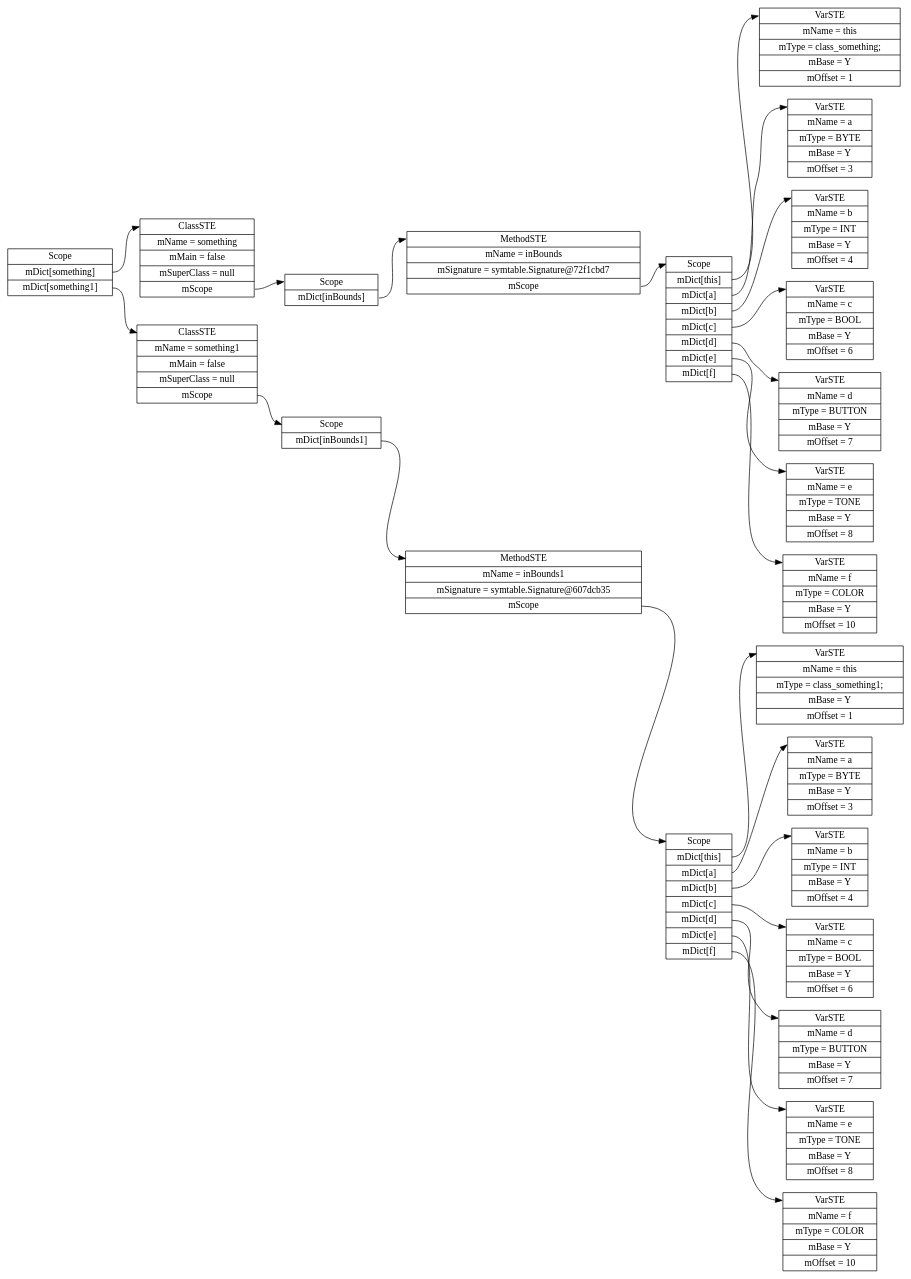
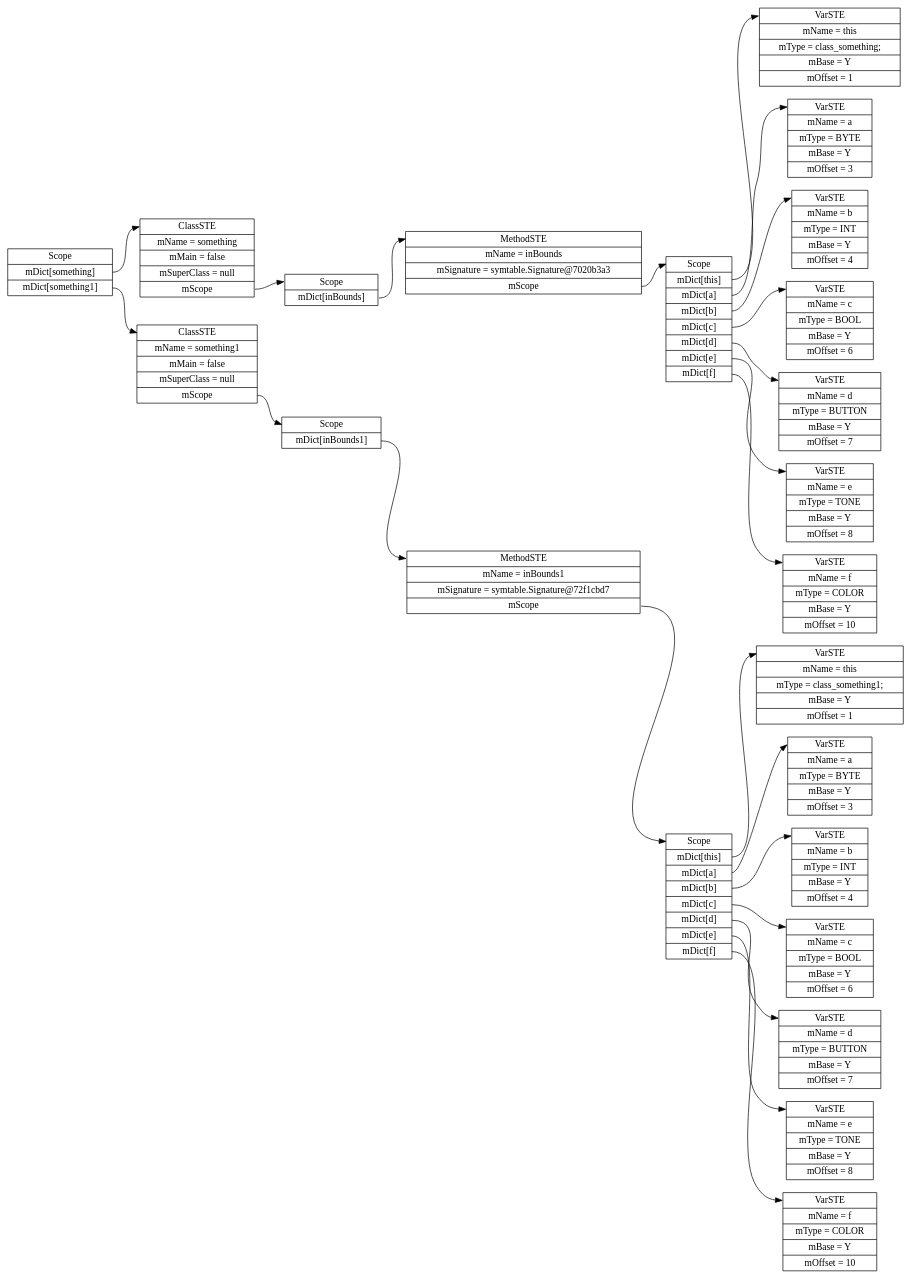
Before and after one commit to Ajith20/MeggyJava-compiler: the diagram in PA4/PA4Example1.java.ST.dot, drawn with Graphviz. The commit also changed 13 other files, not shown here.

```diff
--- a/PA4/PA4Example1.java.ST.dot
+++ b/PA4/PA4Example1.java.ST.dot
@@ -1,49 +1,49 @@
 digraph SymTable {
 	graph [rankdir="LR"];
 	node [shape=record];
 	0 [label=" <f0> Scope | <f1> mDict\[something\] | <f2> mDict\[something1\] "];
 	0:<f1> -> 1:<f0>;
 	1 [label=" <f0> ClassSTE | <f1> mName = something| <f2> mMain = false| <f3> mSuperClass = null| <f4> mScope "];
 	1:<f4> -> 2:<f0>;
 	2 [label=" <f0> Scope | <f1> mDict\[inBounds\] "];
 	2:<f1> -> 3:<f0>;
-	3 [label=" <f0> MethodSTE | <f1> mName = inBounds| <f2> mSignature = symtable.Signature@72f1cbd7| <f3> mScope "];
+	3 [label=" <f0> MethodSTE | <f1> mName = inBounds| <f2> mSignature = symtable.Signature@7020b3a3| <f3> mScope "];
 	3:<f3> -> 4:<f0>;
 	4 [label=" <f0> Scope | <f1> mDict\[this\] | <f2> mDict\[a\] | <f3> mDict\[b\] | <f4> mDict\[c\] | <f5> mDict\[d\] | <f6> mDict\[e\] | <f7> mDict\[f\] "];
 	4:<f1> -> 5:<f0>;
 	5 [label=" <f0> VarSTE | <f1> mName = this| <f2> mType = class_something;| <f3> mBase = Y| <f4> mOffset = 1"];
 	4:<f2> -> 6:<f0>;
 	6 [label=" <f0> VarSTE | <f1> mName = a| <f2> mType = BYTE| <f3> mBase = Y| <f4> mOffset = 3"];
 	4:<f3> -> 7:<f0>;
 	7 [label=" <f0> VarSTE | <f1> mName = b| <f2> mType = INT| <f3> mBase = Y| <f4> mOffset = 4"];
 	4:<f4> -> 8:<f0>;
 	8 [label=" <f0> VarSTE | <f1> mName = c| <f2> mType = BOOL| <f3> mBase = Y| <f4> mOffset = 6"];
 	4:<f5> -> 9:<f0>;
 	9 [label=" <f0> VarSTE | <f1> mName = d| <f2> mType = BUTTON| <f3> mBase = Y| <f4> mOffset = 7"];
 	4:<f6> -> 10:<f0>;
 	10 [label=" <f0> VarSTE | <f1> mName = e| <f2> mType = TONE| <f3> mBase = Y| <f4> mOffset = 8"];
 	4:<f7> -> 11:<f0>;
 	11 [label=" <f0> VarSTE | <f1> mName = f| <f2> mType = COLOR| <f3> mBase = Y| <f4> mOffset = 10"];
 	0:<f2> -> 12:<f0>;
 	12 [label=" <f0> ClassSTE | <f1> mName = something1| <f2> mMain = false| <f3> mSuperClass = null| <f4> mScope "];
 	12:<f4> -> 13:<f0>;
 	13 [label=" <f0> Scope | <f1> mDict\[inBounds1\] "];
 	13:<f1> -> 14:<f0>;
-	14 [label=" <f0> MethodSTE | <f1> mName = inBounds1| <f2> mSignature = symtable.Signature@607dcb35| <f3> mScope "];
+	14 [label=" <f0> MethodSTE | <f1> mName = inBounds1| <f2> mSignature = symtable.Signature@72f1cbd7| <f3> mScope "];
 	14:<f3> -> 15:<f0>;
 	15 [label=" <f0> Scope | <f1> mDict\[this\] | <f2> mDict\[a\] | <f3> mDict\[b\] | <f4> mDict\[c\] | <f5> mDict\[d\] | <f6> mDict\[e\] | <f7> mDict\[f\] "];
 	15:<f1> -> 16:<f0>;
 	16 [label=" <f0> VarSTE | <f1> mName = this| <f2> mType = class_something1;| <f3> mBase = Y| <f4> mOffset = 1"];
 	15:<f2> -> 17:<f0>;
 	17 [label=" <f0> VarSTE | <f1> mName = a| <f2> mType = BYTE| <f3> mBase = Y| <f4> mOffset = 3"];
 	15:<f3> -> 18:<f0>;
 	18 [label=" <f0> VarSTE | <f1> mName = b| <f2> mType = INT| <f3> mBase = Y| <f4> mOffset = 4"];
 	15:<f4> -> 19:<f0>;
 	19 [label=" <f0> VarSTE | <f1> mName = c| <f2> mType = BOOL| <f3> mBase = Y| <f4> mOffset = 6"];
 	15:<f5> -> 20:<f0>;
 	20 [label=" <f0> VarSTE | <f1> mName = d| <f2> mType = BUTTON| <f3> mBase = Y| <f4> mOffset = 7"];
 	15:<f6> -> 21:<f0>;
 	21 [label=" <f0> VarSTE | <f1> mName = e| <f2> mType = TONE| <f3> mBase = Y| <f4> mOffset = 8"];
 	15:<f7> -> 22:<f0>;
 	22 [label=" <f0> VarSTE | <f1> mName = f| <f2> mType = COLOR| <f3> mBase = Y| <f4> mOffset = 10"];
 }
```
